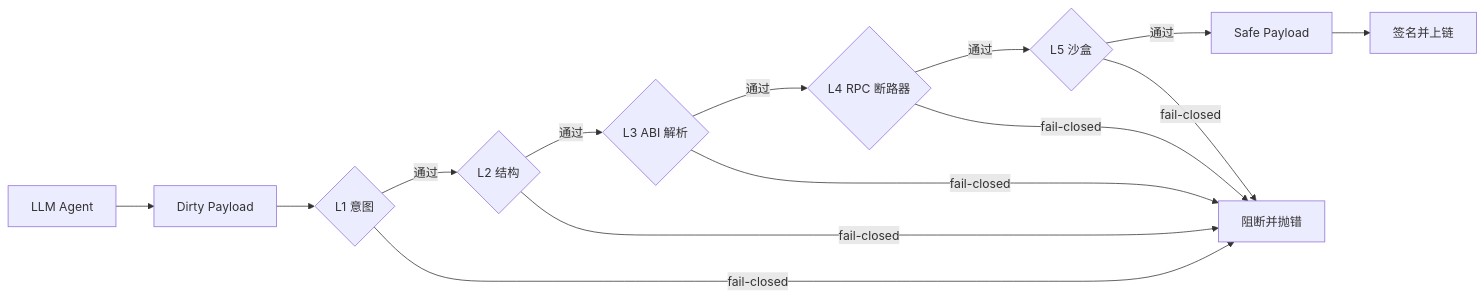
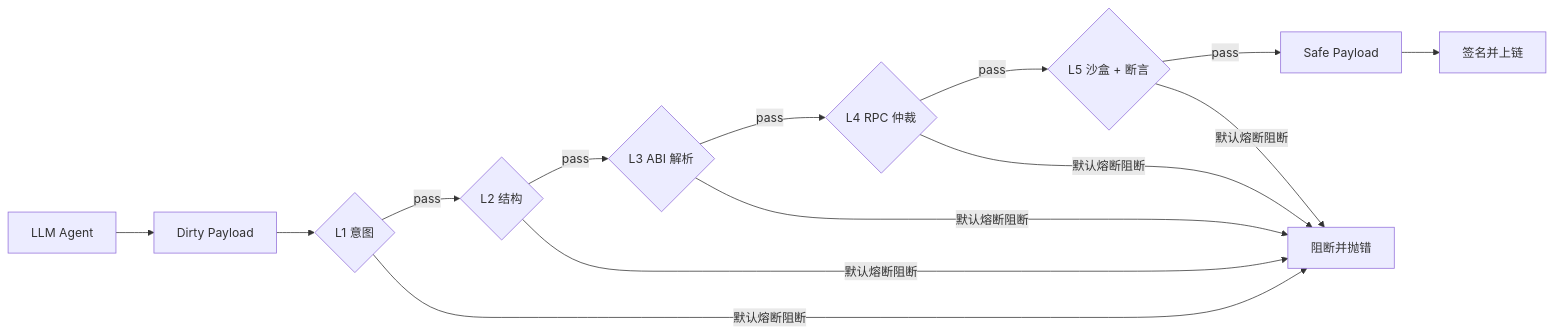
One commit to lokii-D/lirix changed the second of 2 diagrams in README.md. Above: the diagram before and after it, drawn with Mermaid. The commit also changed other lines of this file, not shown here.

````diff
--- a/README.md
+++ b/README.md
@@ -313,17 +346,17 @@
 ```mermaid
 flowchart LR
   A[LLM Agent] --> B[Dirty Payload]
   B --> C{L1 意图}
-  C -- 通过 --> D{L2 结构}
-  D -- 通过 --> E{L3 ABI 解析}
-  E -- 通过 --> F{L4 RPC 断路器}
-  F -- 通过 --> G{L5 沙盒}
-  G -- 通过 --> H[Safe Payload]
+  C -- pass --> D{L2 结构}
+  D -- pass --> E{L3 ABI 解析}
+  E -- pass --> F{L4 RPC 仲裁}
+  F -- pass --> G{L5 沙盒 + 断言}
+  G -- pass --> H[Safe Payload]
   H --> I[签名并上链]
 
-  C -- fail-closed --> X[阻断并抛错]
-  D -- fail-closed --> X
-  E -- fail-closed --> X
-  F -- fail-closed --> X
-  G -- fail-closed --> X
+  C -- 默认熔断阻断 --> X[阻断并抛错]
+  D -- 默认熔断阻断 --> X
+  E -- 默认熔断阻断 --> X
+  F -- 默认熔断阻断 --> X
+  G -- 默认熔断阻断 --> X
 ```
````
